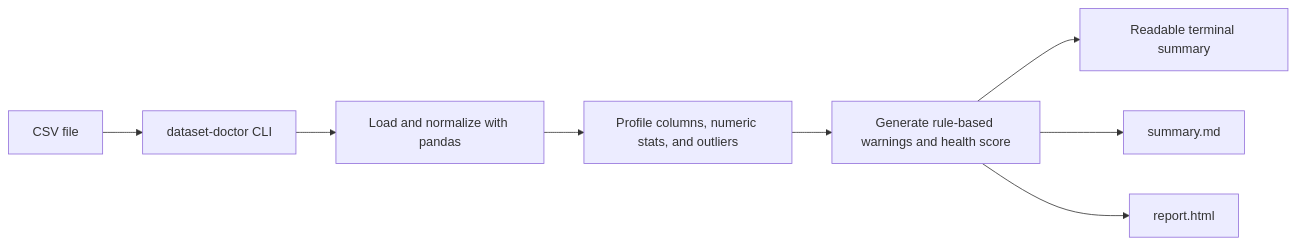
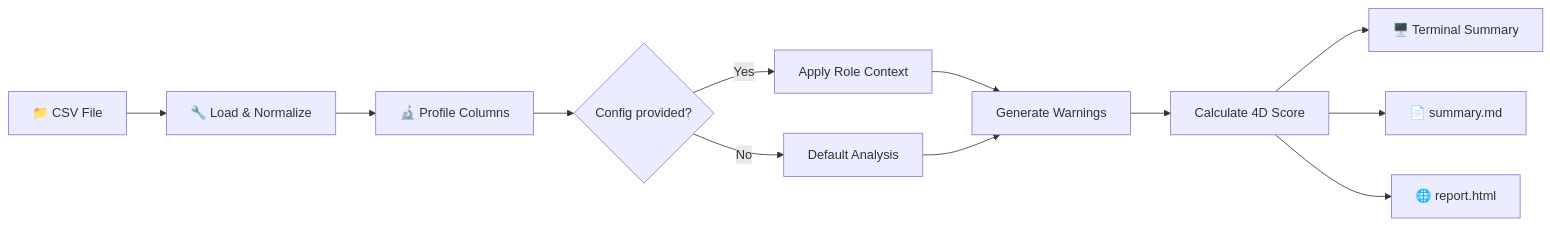
Before and after one commit to addaan1/dataset-doctor: the diagram in README.md, drawn with Mermaid. The commit also changed other lines of this file and 2 other files, not shown here.

````diff
--- a/README.md
+++ b/README.md
@@ -181,10 +189,14 @@
 ```mermaid
 flowchart LR
-    A[CSV file] --> B[dataset-doctor CLI]
-    B --> C[Load and normalize with pandas]
-    C --> D[Profile columns, numeric stats, and outliers]
-    D --> E[Generate rule-based warnings and health score]
-    E --> F[Readable terminal summary]
-    E --> G[summary.md]
-    E --> H[report.html]
+    A[📁 CSV File] --> B[🔧 Load & Normalize]
+    B --> C[🔬 Profile Columns]
+    C --> D{Config provided?}
+    D -- Yes --> E[Apply Role Context]
+    D -- No --> F[Default Analysis]
+    E --> G[Generate Warnings]
+    F --> G
+    G --> H[Calculate 4D Score]
+    H --> I[🖥️ Terminal Summary]
+    H --> J[📄 summary.md]
+    H --> K[🌐 report.html]
 ```
````
